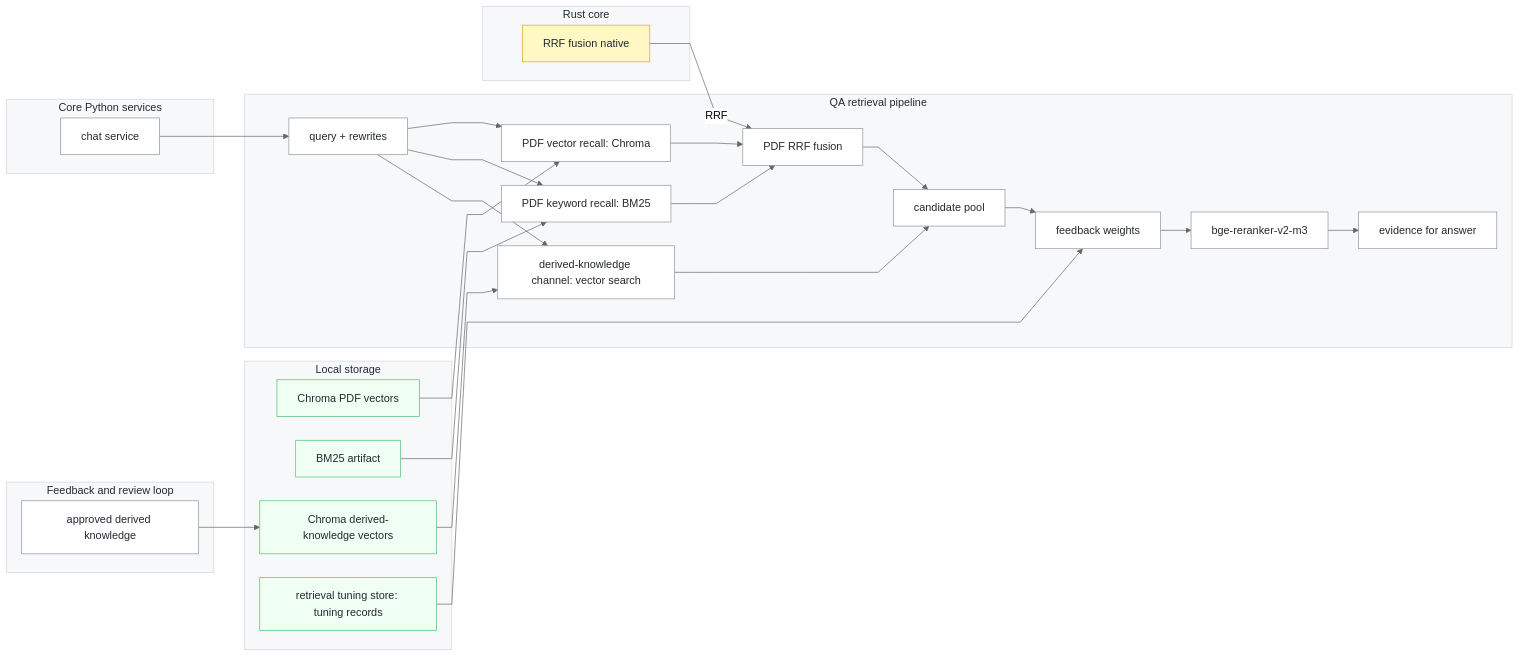
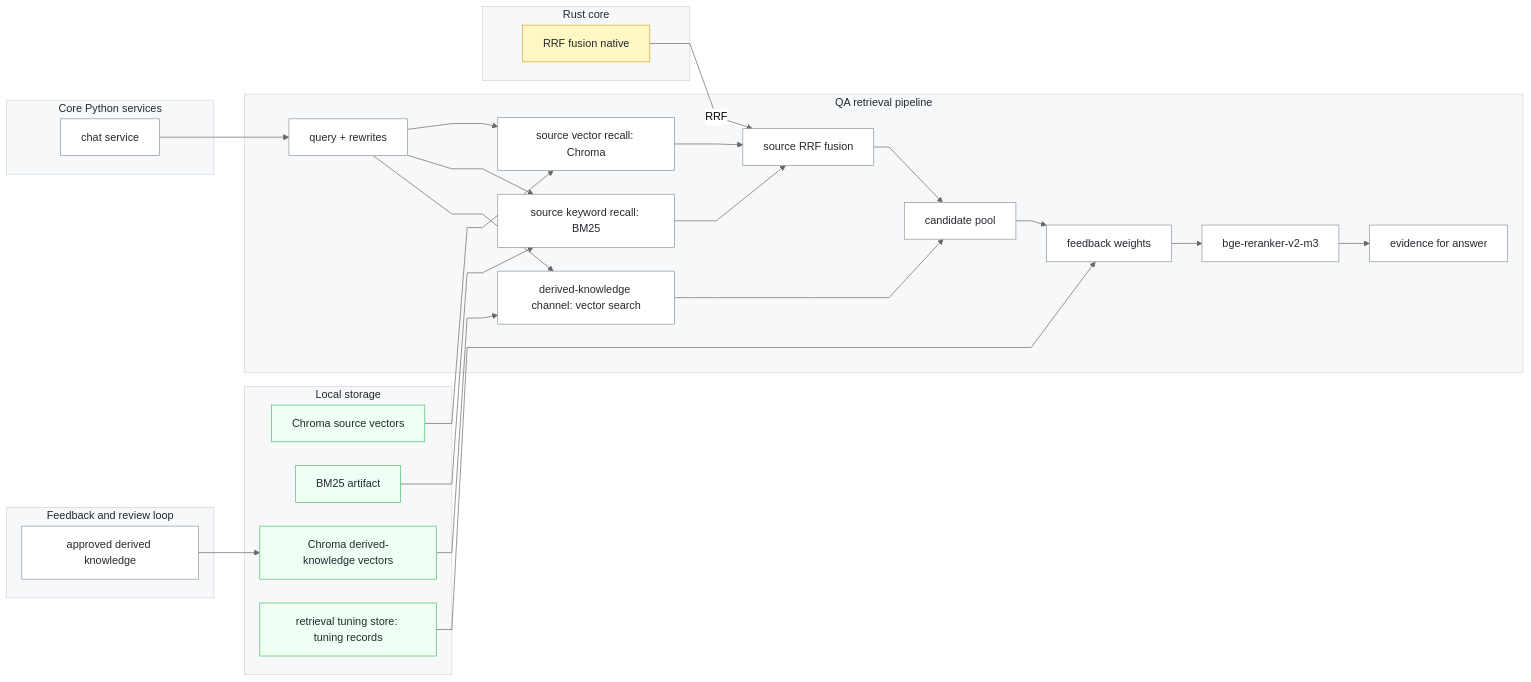
One commit to jikongabc/CogDoc changed the third of 4 diagrams in README.md. Above: the diagram before and after it, drawn with Mermaid. The commit also changed other lines of this file and 133 other files, not shown here.

````diff
--- a/README.md
+++ b/README.md
@@ -488,67 +526,67 @@
 ```mermaid
 %%{init: {"theme":"neutral","flowchart":{"curve":"linear","nodeSpacing":35,"rankSpacing":45}}}%%
 flowchart LR
     classDef node fill:#ffffff,stroke:#8c959f,stroke-width:1px,color:#24292f
     classDef storage fill:#f0fff4,stroke:#4ac26b,stroke-width:1px,color:#24292f
     classDef native fill:#fff8c5,stroke:#d4a72c,stroke-width:1px,color:#24292f
 
     subgraph SERVICES["Core Python services"]
         CHAT["chat service"]
     end
 
     subgraph STORE["Local storage"]
-        PDFVEC["Chroma PDF vectors"]
+        PDFVEC["Chroma source vectors"]
         BM25["BM25 artifact"]
         DKVEC["Chroma derived-knowledge vectors"]
         TUNESTORE["retrieval tuning store: tuning records"]
     end
 
     subgraph RETRIEVAL["QA retrieval pipeline"]
         QUERY["query + rewrites"]
-        VECH["PDF vector recall: Chroma"]
-        BM25CH["PDF keyword recall: BM25"]
+        VECH["source vector recall: Chroma"]
+        BM25CH["source keyword recall: BM25"]
         DKCH["derived-knowledge channel: vector search"]
-        FUSION["PDF RRF fusion"]
+        FUSION["source RRF fusion"]
         CAND["candidate pool"]
         TUNE["feedback weights"]
         RERANK["bge-reranker-v2-m3"]
         EVIDENCE["evidence for answer"]
     end
 
     subgraph KNOWLEDGE["Feedback and review loop"]
         APPROVED["approved derived knowledge"]
     end
 
     subgraph NATIVE["Rust core"]
         RUST["RRF fusion native"]
     end
 
     CHAT --> QUERY
     QUERY --> VECH
     QUERY --> BM25CH
     QUERY --> DKCH
     PDFVEC --> VECH
     BM25 --> BM25CH
     APPROVED --> DKVEC
     DKVEC --> DKCH
     VECH --> FUSION
     BM25CH --> FUSION
     RUST -->|RRF| FUSION
 
     DKCH --> CAND
     FUSION --> CAND
     CAND --> TUNE
     TUNE --> RERANK
     RERANK --> EVIDENCE
 
     TUNESTORE --> TUNE
 
     style SERVICES fill:#f6f8fa,stroke:#d0d7de,stroke-width:1px,color:#24292f
     style STORE fill:#f6f8fa,stroke:#d0d7de,stroke-width:1px,color:#24292f
     style RETRIEVAL fill:#f6f8fa,stroke:#d0d7de,stroke-width:1px,color:#24292f
     style KNOWLEDGE fill:#f6f8fa,stroke:#d0d7de,stroke-width:1px,color:#24292f
     style NATIVE fill:#f6f8fa,stroke:#d0d7de,stroke-width:1px,color:#24292f
     class CHAT,QUERY,VECH,BM25CH,DKCH,FUSION,CAND,TUNE,RERANK,EVIDENCE,APPROVED node
     class PDFVEC,DKVEC,BM25,TUNESTORE storage
     class RUST native
 ```
````
